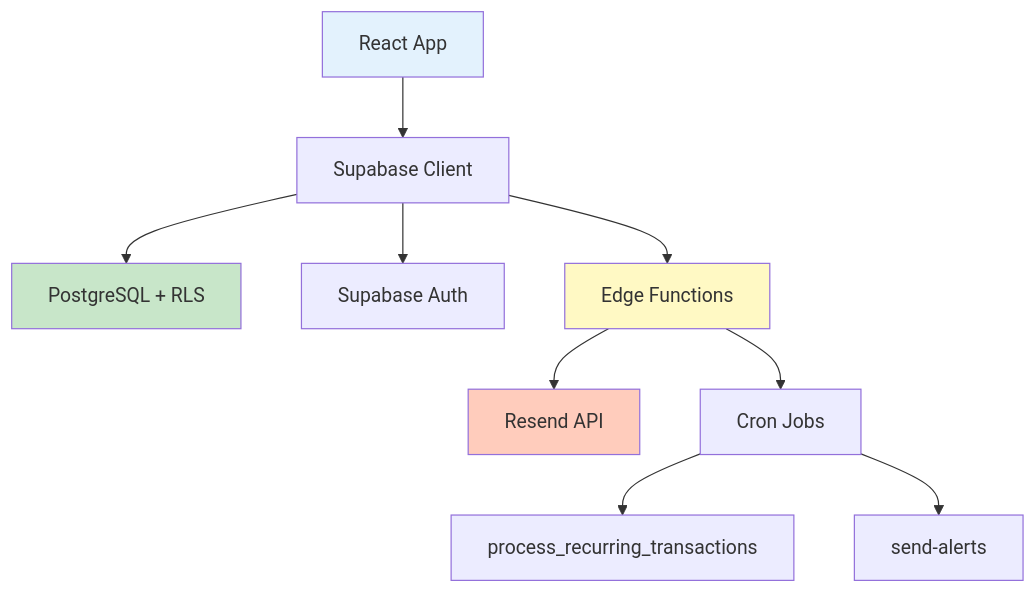
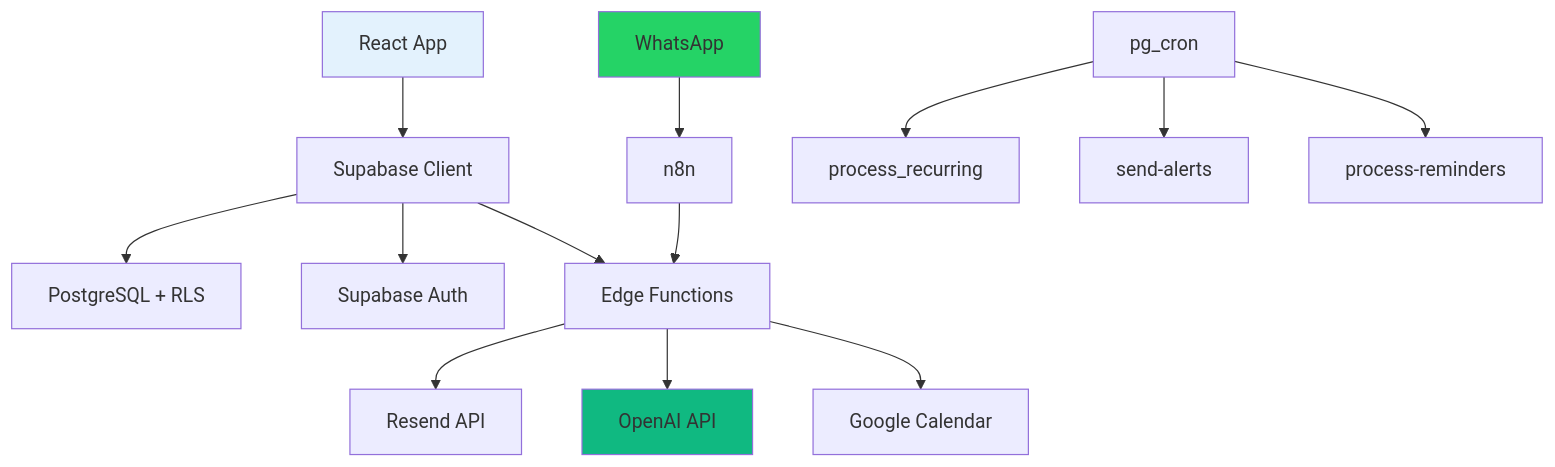
One commit to WesterlleyNeres/seu-dinheiro-planejado changed the diagram in APRESENTACAO_COMERCIAL.md. Above: the diagram before and after it, drawn with Mermaid. The commit also changed other lines of this file and 5 other files, not shown here.

````diff
--- a/APRESENTACAO_COMERCIAL.md
+++ b/APRESENTACAO_COMERCIAL.md
@@ -489,16 +357,19 @@
 ```mermaid
 graph TB
     A[React App] --> B[Supabase Client]
     B --> C[PostgreSQL + RLS]
     B --> D[Supabase Auth]
     B --> E[Edge Functions]
     E --> F[Resend API]
-    E --> G[Cron Jobs]
-    G --> H[process_recurring_transactions]
-    G --> I[send-alerts]
+    E --> G[OpenAI API]
+    E --> H[Google Calendar]
+    I[WhatsApp] --> J[n8n]
+    J --> E
+    K[pg_cron] --> L[process_recurring]
+    K --> M[send-alerts]
+    K --> N[process-reminders]
     
     style A fill:#e3f2fd
-    style C fill:#c8e6c9
-    style E fill:#fff9c4
-    style F fill:#ffccbc
+    style G fill:#10b981
+    style I fill:#25D366
 ```
````
